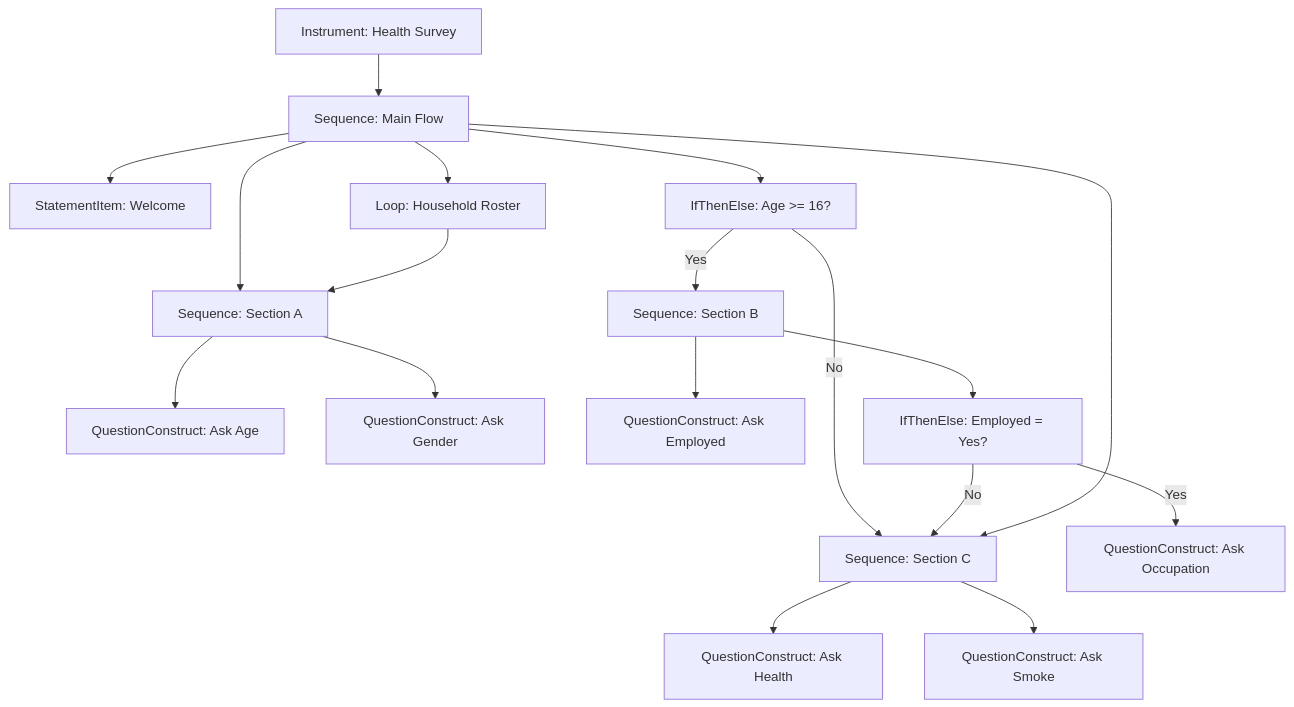
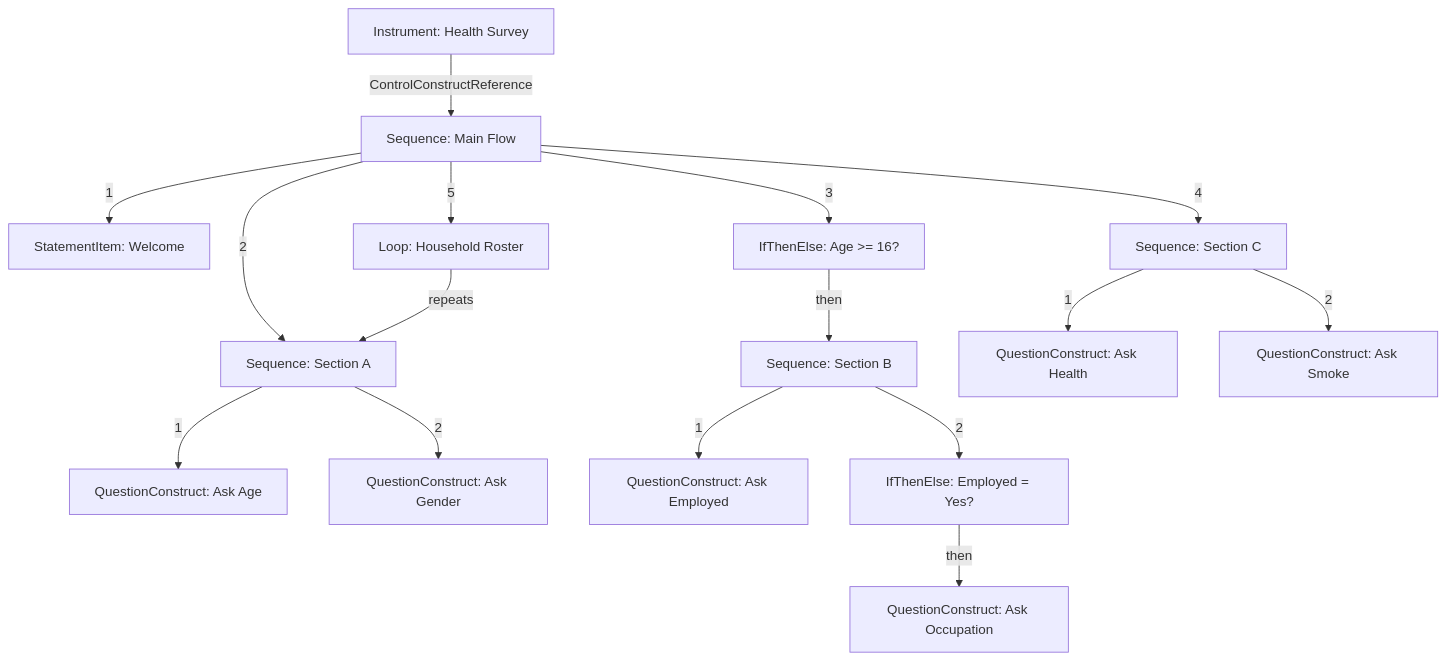
The diagram in docs/curriculum/module-10-questionnaire-flows.en.md (pbisson44/ddi-l), drawn with Mermaid before and after one commit. The commit also changed other lines of this file and 597 other files, not shown here.

````diff
--- a/docs/curriculum/module-10-questionnaire-flows.en.md
+++ b/docs/curriculum/module-10-questionnaire-flows.en.md
@@ -291,20 +312,18 @@
 ```mermaid
 flowchart TD
-    I["Instrument: Health Survey"] --> M["Sequence: Main Flow"]
-    M --> W["StatementItem: Welcome"]
-    M --> SA["Sequence: Section A"]
-    SA --> QC1["QuestionConstruct: Ask Age"]
-    SA --> QC2["QuestionConstruct: Ask Gender"]
-    M --> ITE1["IfThenElse: Age >= 16?"]
-    ITE1 -->|Yes| SB["Sequence: Section B"]
-    ITE1 -->|No| SC["Sequence: Section C"]
-    SB --> QC3["QuestionConstruct: Ask Employed"]
-    SB --> ITE2["IfThenElse: Employed = Yes?"]
-    ITE2 -->|Yes| QC4["QuestionConstruct: Ask Occupation"]
-    ITE2 -->|No| SC
-    M --> SC
-    SC --> QC5["QuestionConstruct: Ask Health"]
-    SC --> QC6["QuestionConstruct: Ask Smoke"]
-    M --> L["Loop: Household Roster"]
-    L --> SA
+    I["Instrument: Health Survey"] -->|ControlConstructReference| M["Sequence: Main Flow"]
+    M -->|1| W["StatementItem: Welcome"]
+    M -->|2| SA["Sequence: Section A"]
+    M -->|3| ITE1["IfThenElse: Age >= 16?"]
+    M -->|4| SC["Sequence: Section C"]
+    M -->|5| L["Loop: Household Roster"]
+    SA -->|1| QC1["QuestionConstruct: Ask Age"]
+    SA -->|2| QC2["QuestionConstruct: Ask Gender"]
+    ITE1 -->|then| SB["Sequence: Section B"]
+    SB -->|1| QC3["QuestionConstruct: Ask Employed"]
+    SB -->|2| ITE2["IfThenElse: Employed = Yes?"]
+    ITE2 -->|then| QC4["QuestionConstruct: Ask Occupation"]
+    SC -->|1| QC5["QuestionConstruct: Ask Health"]
+    SC -->|2| QC6["QuestionConstruct: Ask Smoke"]
+    L -->|repeats| SA
 ```
````
